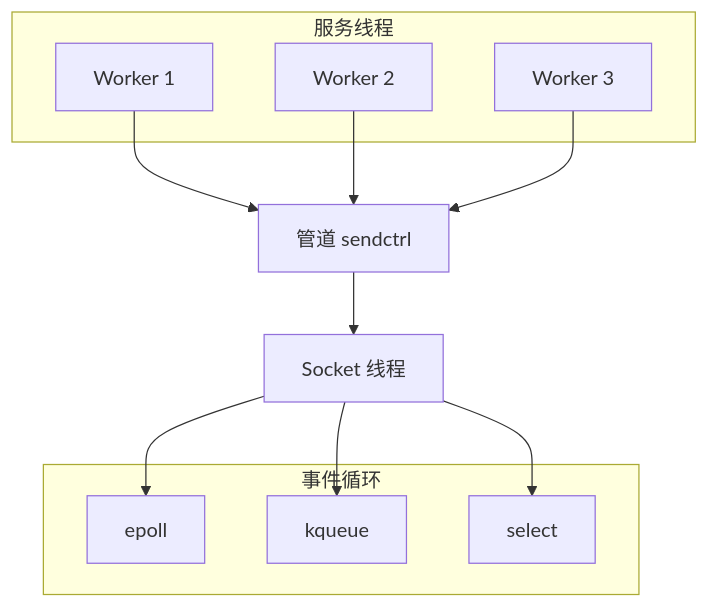
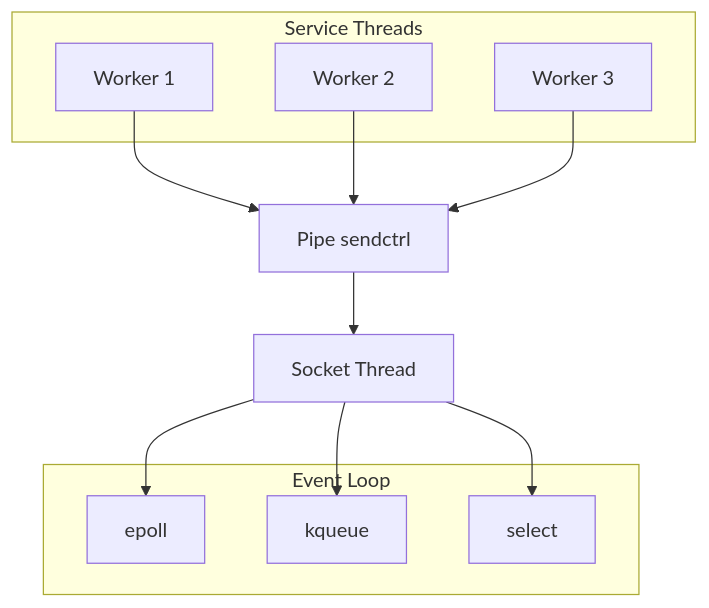
Before and after one commit to cuihairu/skynet: the first of 4 diagrams in docs/analysis/socket-server.md, drawn with Mermaid. The commit also changed other lines of this file and 86 other files, not shown here.

````diff
--- a/docs/analysis/socket-server.md
+++ b/docs/analysis/socket-server.md
@@ -14,25 +14,25 @@
 ```mermaid
 graph TB
-    subgraph 服务线程
+    subgraph "Service Threads"
         W1[Worker 1]
         W2[Worker 2]
         W3[Worker 3]
     end
     
-    Pipe[管道 sendctrl]
-    Socket[Socket 线程]
+    Pipe["Pipe sendctrl"]
+    Socket["Socket Thread"]
     
-    subgraph 事件循环
+    subgraph "Event Loop"
         EP[epoll]
         KQ[kqueue]
         SEL[select]
     end
     
     W1 --> Pipe
     W2 --> Pipe
     W3 --> Pipe
     Pipe --> Socket
     Socket --> EP
     Socket --> KQ
     Socket --> SEL
 ```
````
